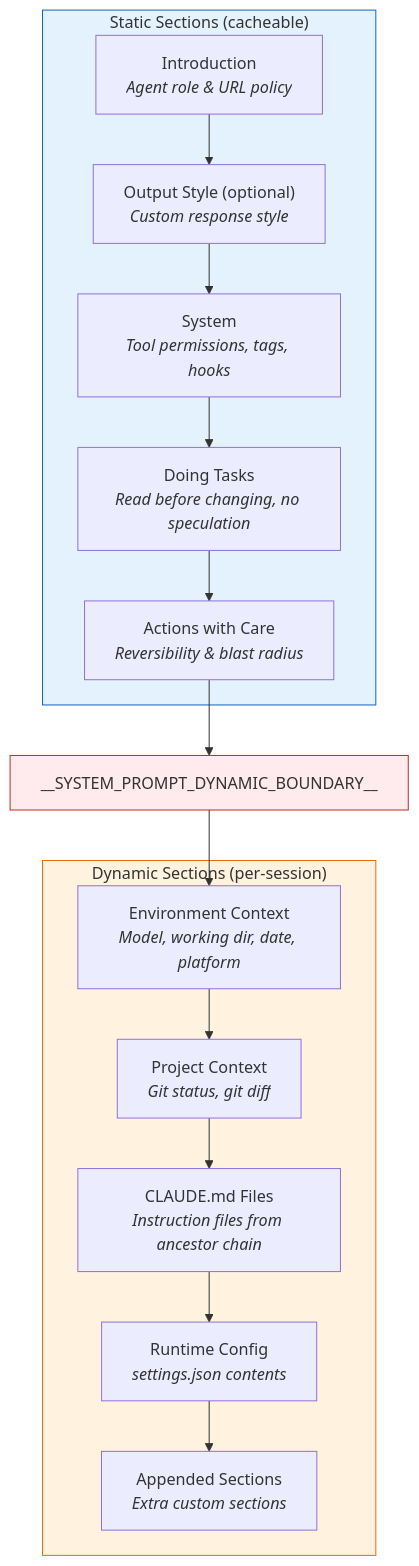
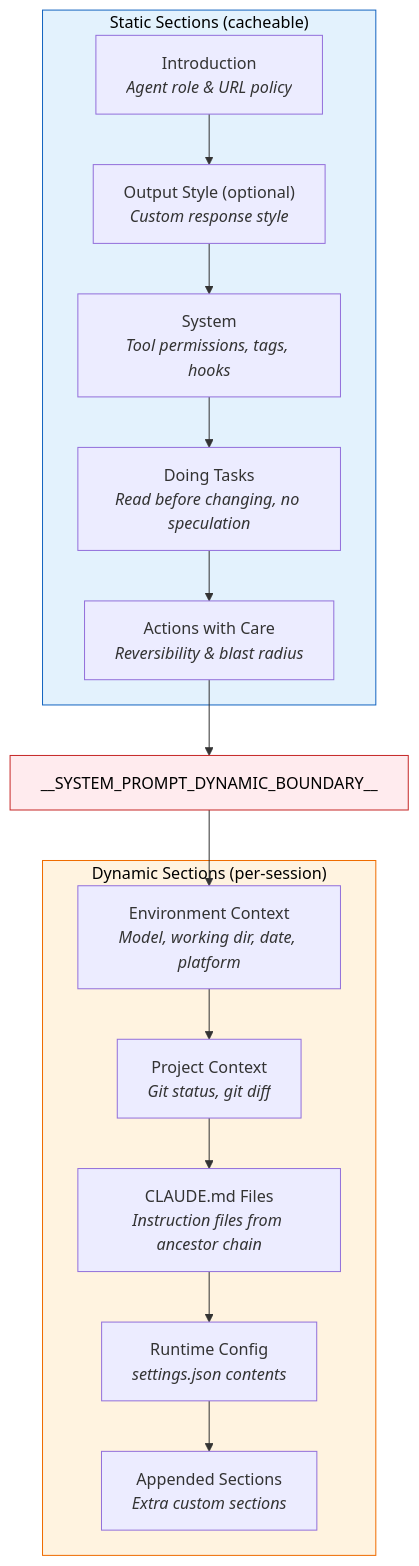
Before and after one commit to supratik-bhattacharya-2020/claw-code-docs: the first of 2 diagrams in system-prompt.md, drawn with Mermaid. The commit also changed other lines of this file and 7 other files, not shown here.

First line of the commit message:
Add explicit black text color to all Mermaid diagram nodes

````diff
--- a/system-prompt.md
+++ b/system-prompt.md
@@ -9,31 +9,31 @@
 ```mermaid
 flowchart TD
     subgraph Static["Static Sections (cacheable)"]
         INTRO["Introduction<br/><i>Agent role & URL policy</i>"]
         STYLE["Output Style (optional)<br/><i>Custom response style</i>"]
         SYSTEM["System<br/><i>Tool permissions, tags, hooks</i>"]
         TASKS["Doing Tasks<br/><i>Read before changing, no speculation</i>"]
         ACTIONS["Actions with Care<br/><i>Reversibility & blast radius</i>"]
     end
 
     ACTIONS --> BOUNDARY
 
     BOUNDARY["__SYSTEM_PROMPT_DYNAMIC_BOUNDARY__"]
 
     BOUNDARY --> ENV
 
     subgraph Dynamic["Dynamic Sections (per-session)"]
         ENV["Environment Context<br/><i>Model, working dir, date, platform</i>"]
         PROJECT["Project Context<br/><i>Git status, git diff</i>"]
         CLAUDE["CLAUDE.md Files<br/><i>Instruction files from ancestor chain</i>"]
         CONFIG["Runtime Config<br/><i>settings.json contents</i>"]
         APPEND["Appended Sections<br/><i>Extra custom sections</i>"]
     end
 
     INTRO --> STYLE --> SYSTEM --> TASKS --> ACTIONS
     ENV --> PROJECT --> CLAUDE --> CONFIG --> APPEND
 
-    style Static fill:#e3f2fd,stroke:#1565c0
-    style Dynamic fill:#fff3e0,stroke:#ef6c00
-    style BOUNDARY fill:#ffebee,stroke:#c62828
+    style Static fill:#e3f2fd,stroke:#1565c0,color:#000
+    style Dynamic fill:#fff3e0,stroke:#ef6c00,color:#000
+    style BOUNDARY fill:#ffebee,stroke:#c62828,color:#000
 ```
````
